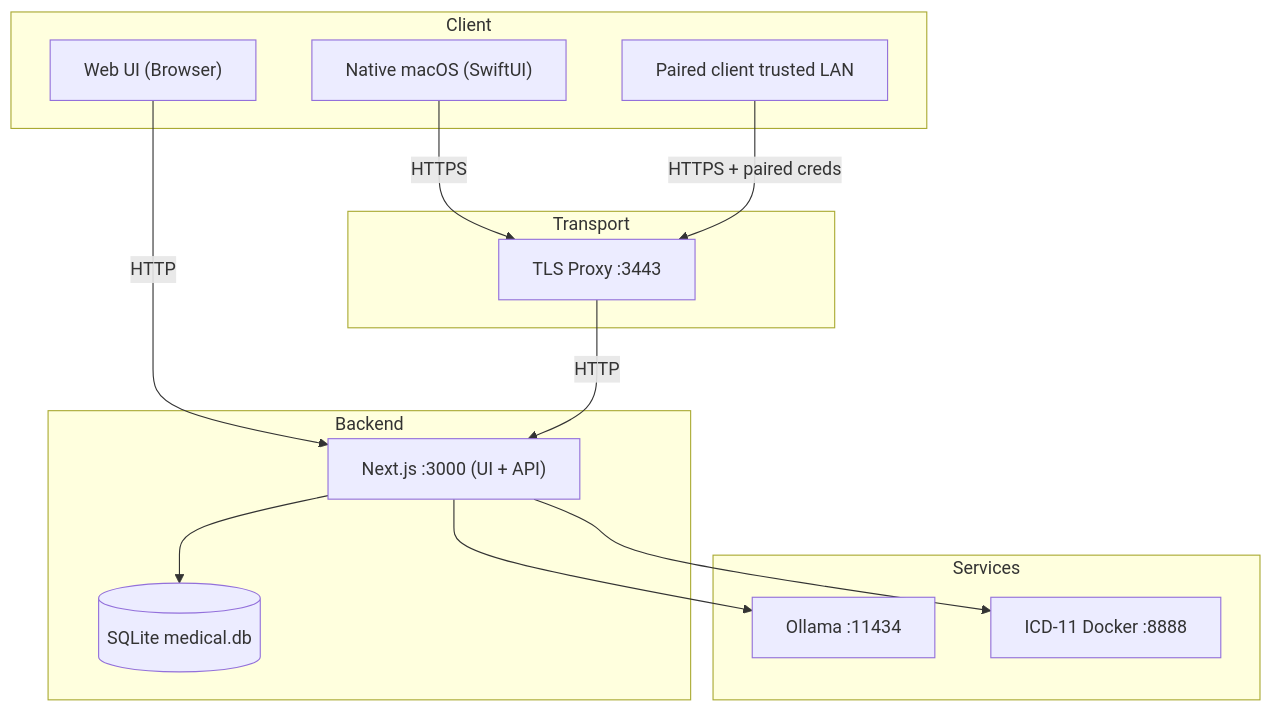
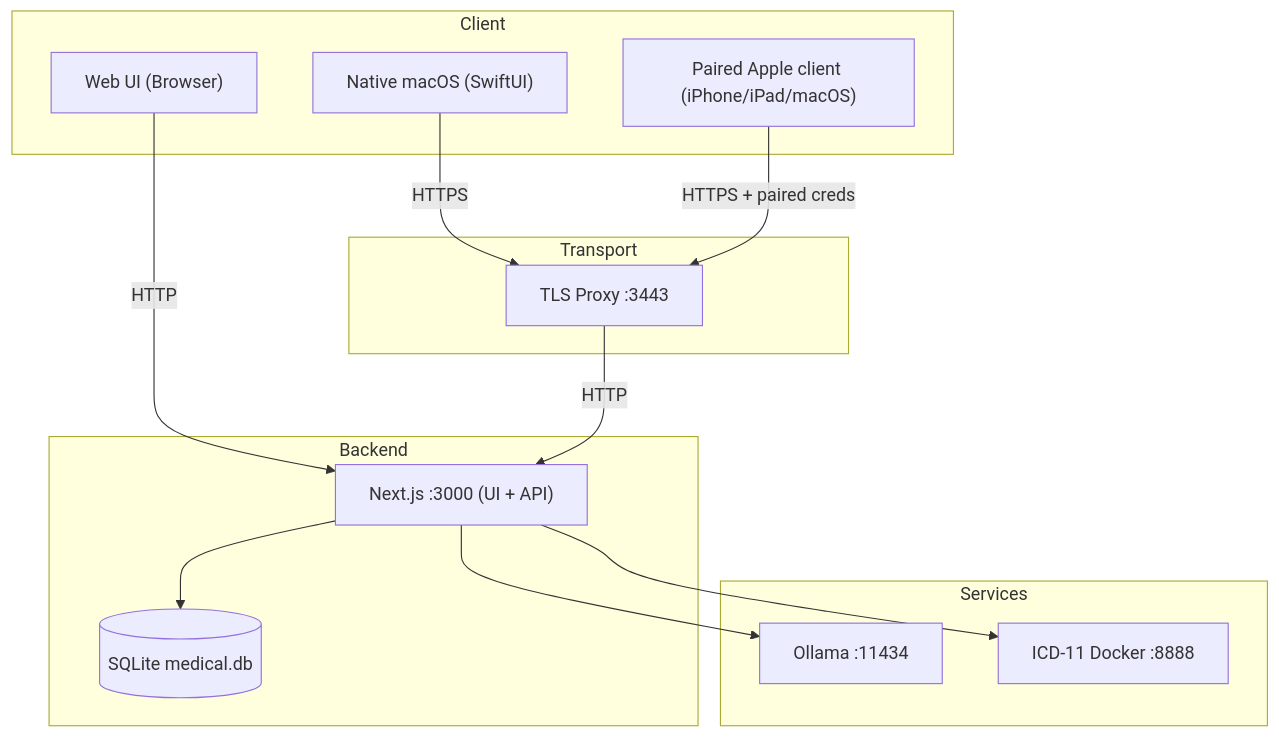
The diagram in ARCHITECTURE.md (Wulfgardr/mediflow), drawn with Mermaid before and after one commit. The commit also changed other lines of this file and 17 other files, not shown here.

````diff
--- a/ARCHITECTURE.md
+++ b/ARCHITECTURE.md
@@ -106,30 +112,30 @@
 ```mermaid
 flowchart TB
   subgraph "Client"
     Web["Web UI (Browser)"]
     Mac["Native macOS (SwiftUI)"]
-    Peer["Paired client trusted LAN"]
+    Peer["Paired Apple client (iPhone/iPad/macOS)"]
   end
 
   subgraph "Transport"
     TLS["TLS Proxy :3443"]
   end
 
   subgraph "Backend"
     Next["Next.js :3000 (UI + API)"]
     DB[("SQLite medical.db")]
   end
 
   subgraph "Services"
     Ollama["Ollama :11434"]
     ICD["ICD-11 Docker :8888"]
   end
 
   Web -->|HTTP| Next
   Mac -->|HTTPS| TLS -->|HTTP| Next
   Peer -->|HTTPS + paired creds| TLS
 
   Next --> DB
   Next --> Ollama
   Next --> ICD
 ```
````
